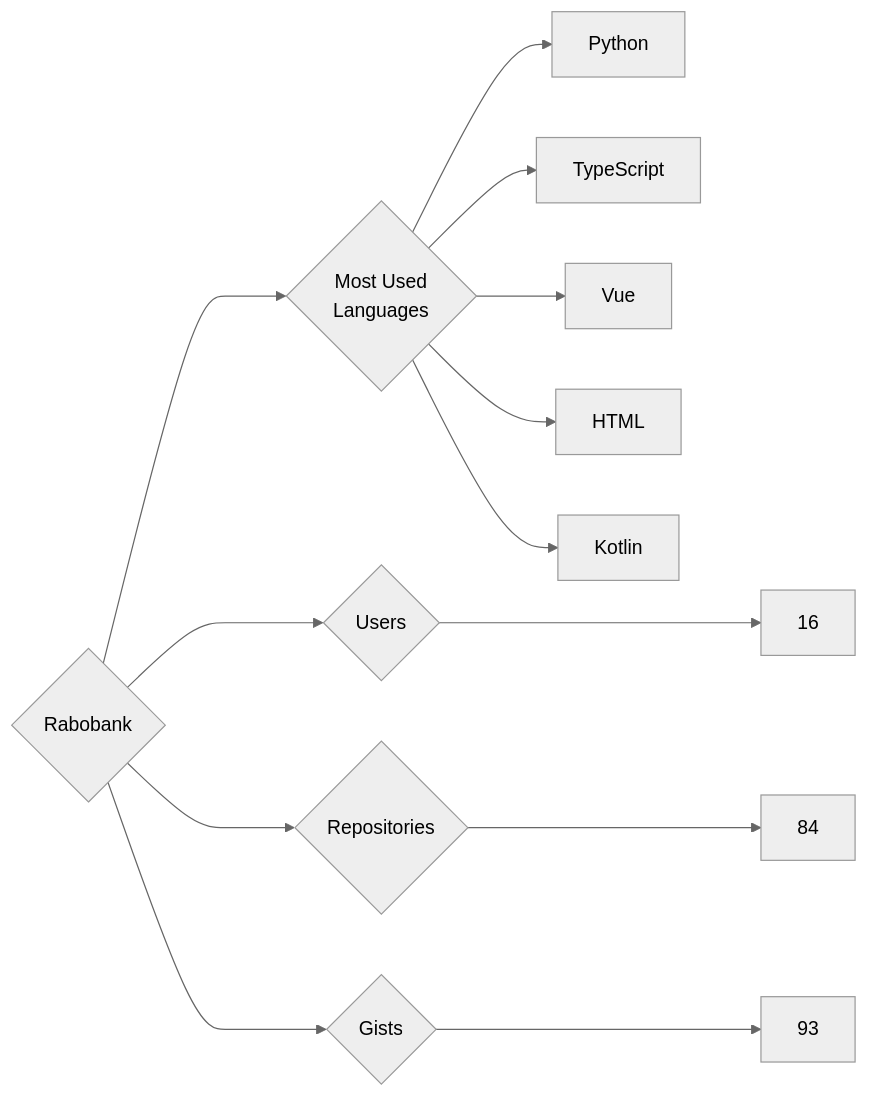
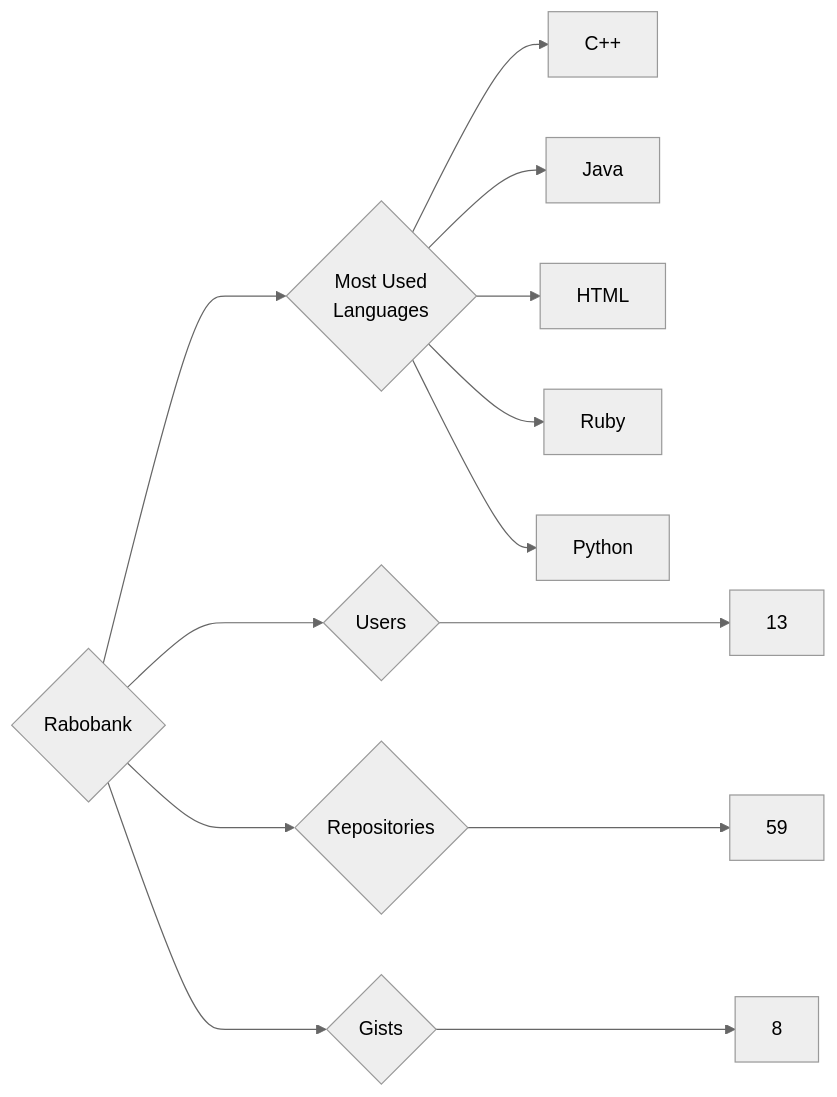
Before and after one commit to trickest/insiders: the diagram in targets/Rabobank/README.md, drawn with Mermaid (neutral theme). The commit also changed 677 other files, not shown here.

````diff
--- a/targets/Rabobank/README.md
+++ b/targets/Rabobank/README.md
@@ -3,13 +3,13 @@
 ```mermaid
 graph LR
 COMPANY_NAME{Rabobank}
-COMPANY_NAME ---> U{Users} ---> UN[16]
-COMPANY_NAME ---> R{Repositories} ---> RN[84]
-COMPANY_NAME ---> G{Gists} ---> GN[93]
+COMPANY_NAME ---> U{Users} ---> UN[13]
+COMPANY_NAME ---> R{Repositories} ---> RN[59]
+COMPANY_NAME ---> G{Gists} ---> GN[8]
 COMPANY_NAME ---> ML{Most Used<br>Languages}
+ML --> C++[C++]
+ML --> Java[Java]
+ML --> HTML[HTML]
+ML --> Ruby[Ruby]
 ML --> Python[Python]
-ML --> TypeScript[TypeScript]
-ML --> Vue[Vue]
-ML --> HTML[HTML]
-ML --> Kotlin[Kotlin]
 ```
````
